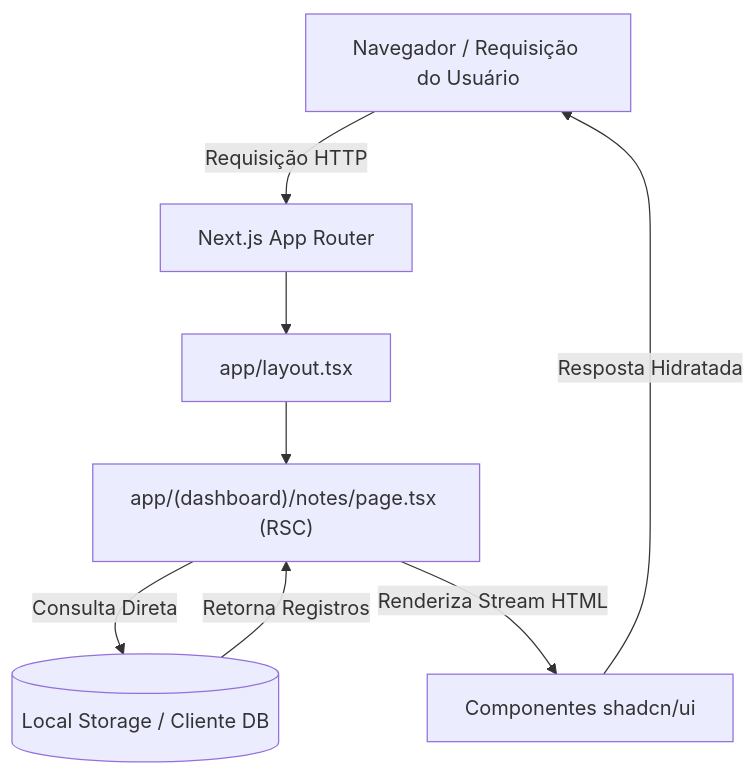
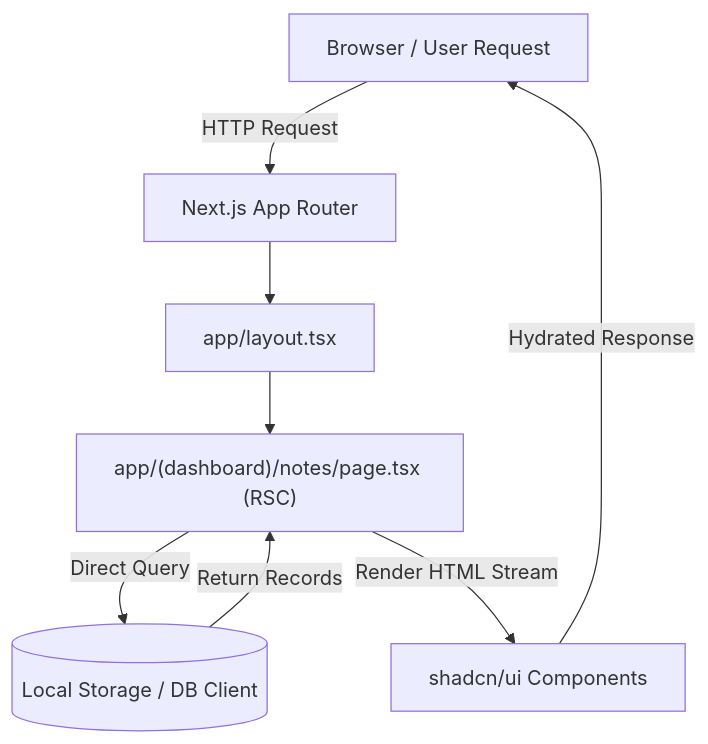
Before and after one commit to ianmaciel7/notes-app: the first of 2 diagrams in docs/translations/pt-br/architecture/README.md, drawn with Mermaid. The commit also changed other lines of this file and 18 other files, not shown here.

Commit message:
feat: add Portuguese documentation translations, batch translation script, and knowledge graph outputs

````diff
--- a/docs/translations/pt-br/architecture/README.md
+++ b/docs/translations/pt-br/architecture/README.md
@@ -109,10 +109,10 @@
 ```mermaid
 flowchart TD
-    Req["Navegador / Requisição do Usuário"] -->|Requisição HTTP| Router[Next.js App Router]
+    Req[Browser / User Request] -->|HTTP Request| Router[Next.js App Router]
     Router --> Layout[app/layout.tsx]
     Layout --> Page["app/(dashboard)/notes/page.tsx (RSC)"]
-    Page -->|Consulta Direta| DB[(Local Storage / Cliente DB)]
-    DB -->|Retorna Registros| Page
-    Page -->|Renderiza Stream HTML| UI[Componentes shadcn/ui]
-    UI -->|Resposta Hidratada| Req
+    Page -->|Direct Query| DB[(Local Storage / DB Client)]
+    DB -->|Return Records| Page
+    Page -->|Render HTML Stream| UI[shadcn/ui Components]
+    UI -->|Hydrated Response| Req
 ```
````
